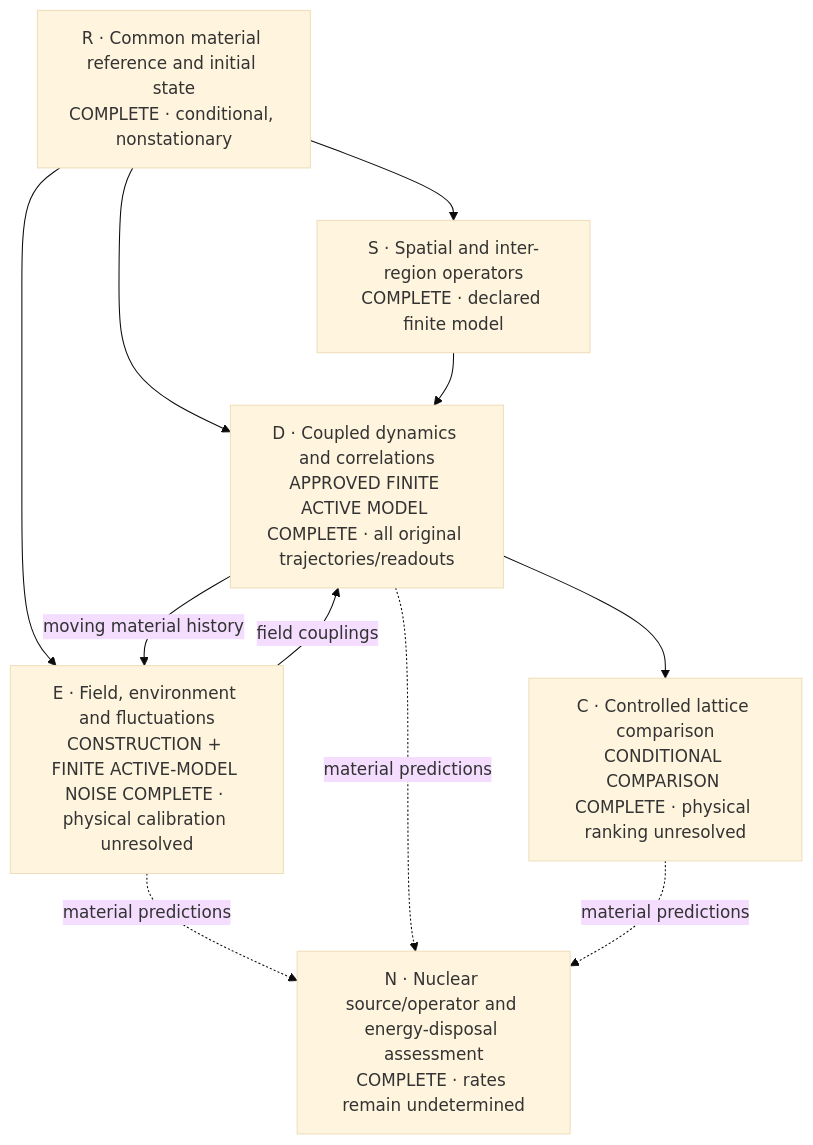
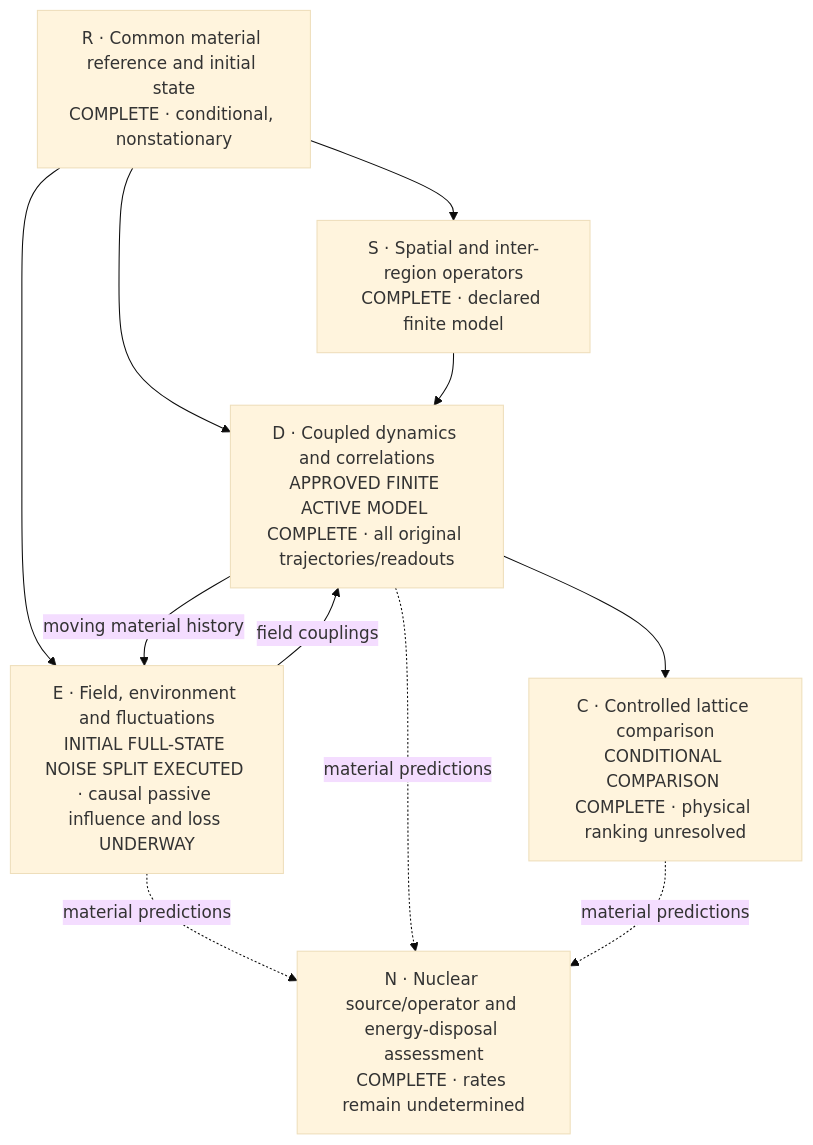
The first of 2 diagrams in proposals/P254-ni-collective-response/SOLUTION.md (vantasnerdan/substrate-framework), drawn with Mermaid (base theme) before and after one commit. The commit also changed other lines of this file and 23 other files, not shown here.

Commit message:
feat(P254): execute original-state noise split and saved coherence contrast

````diff
--- a/proposals/P254-ni-collective-response/SOLUTION.md
+++ b/proposals/P254-ni-collective-response/SOLUTION.md
@@ -18,19 +18,19 @@
 ```mermaid
 flowchart TD
     R["R · Common material reference and initial state\nCOMPLETE · conditional, nonstationary"]
     S["S · Spatial and inter-region operators\nCOMPLETE · declared finite model"]
-    E["E · Field, environment and fluctuations\nCONSTRUCTION + FINITE ACTIVE-MODEL NOISE COMPLETE · physical calibration unresolved"]
+    E["E · Field, environment and fluctuations\nINITIAL FULL-STATE NOISE SPLIT EXECUTED · causal passive influence and loss UNDERWAY"]
     D["D · Coupled dynamics and correlations\nAPPROVED FINITE ACTIVE MODEL COMPLETE · all original trajectories/readouts"]
     C["C · Controlled lattice comparison\nCONDITIONAL COMPARISON COMPLETE · physical ranking unresolved"]
     N["N · Nuclear source/operator and energy-disposal assessment\nCOMPLETE · rates remain undetermined"]
     R --> S
     R --> E
     R --> D
     S --> D
     E -- "field couplings" --> D
     D -- "moving material history" --> E
     D --> C
     E -. "material predictions" .-> N
     D -. "material predictions" .-> N
     C -. "material predictions" .-> N
 ```
````
